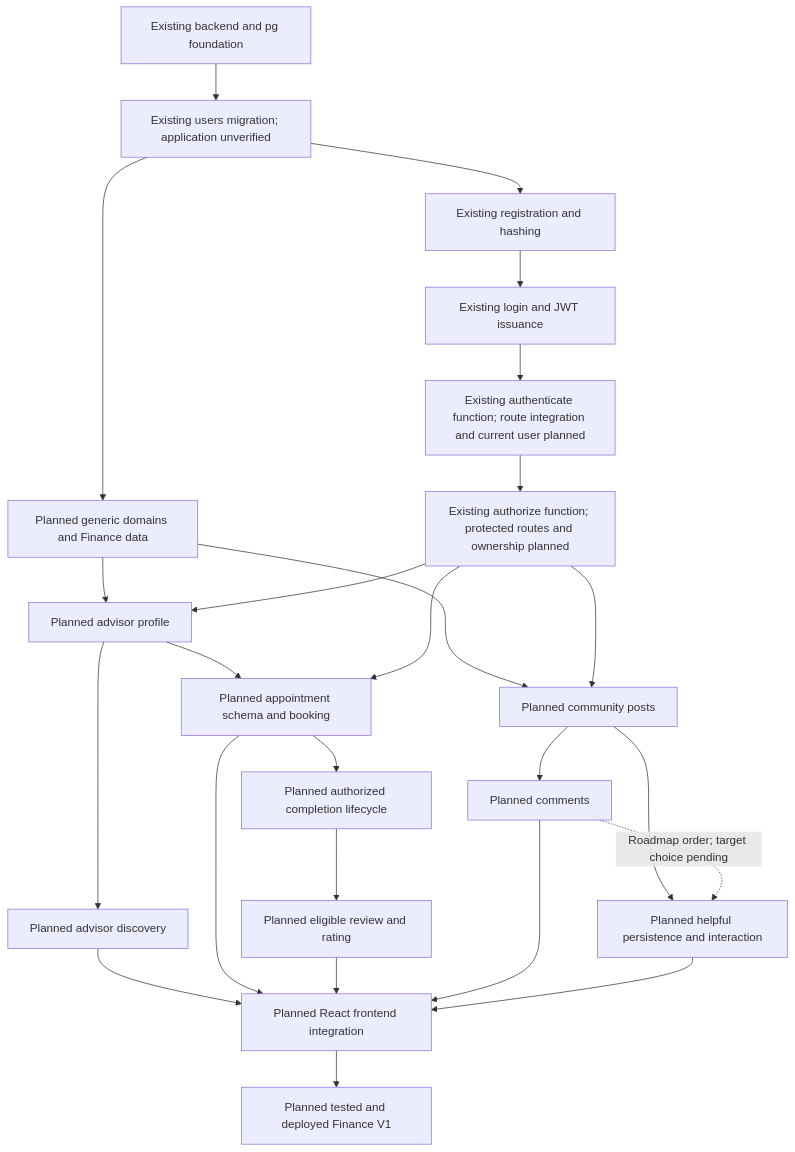
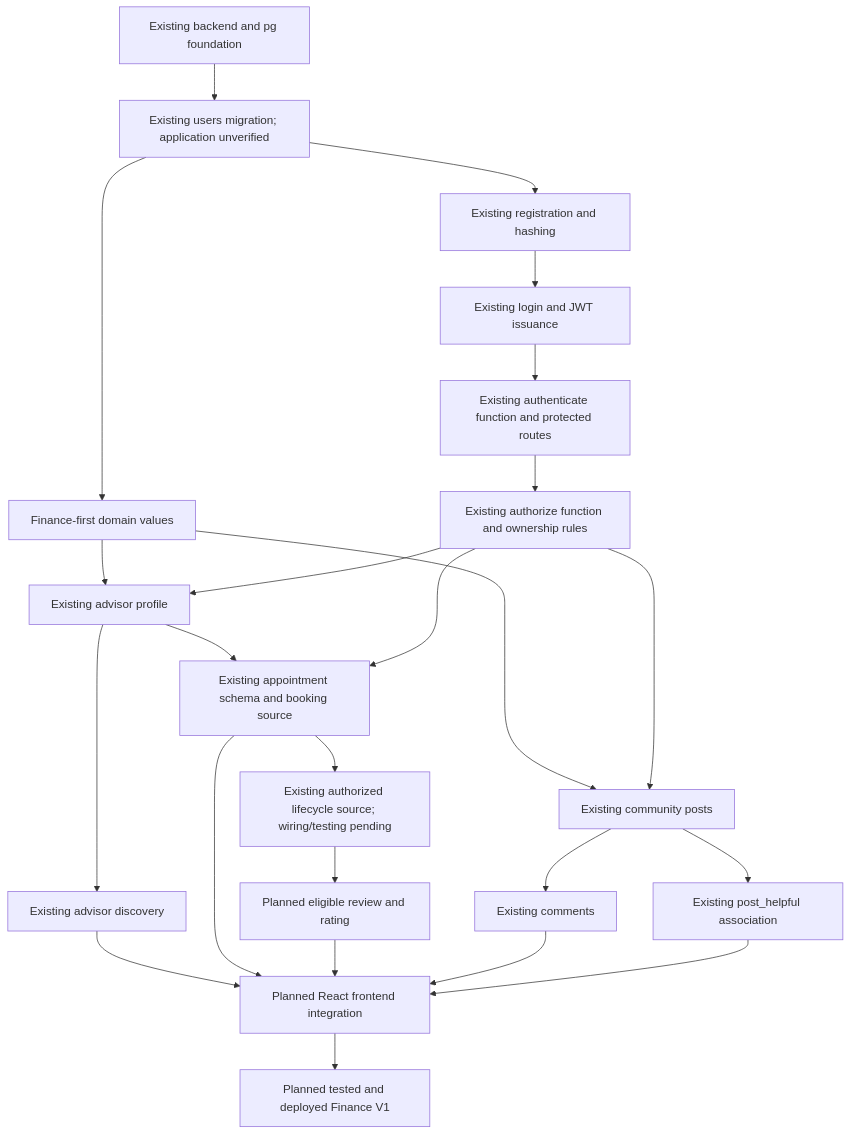
The fifth of 5 diagrams in docs/CONSULTIFY_MASTER_SPEC.md (amriiit/consultify), drawn with Mermaid before and after one commit. The commit also changed other lines of this file, not shown here.

````diff
--- a/docs/CONSULTIFY_MASTER_SPEC.md
+++ b/docs/CONSULTIFY_MASTER_SPEC.md
@@ -2038,27 +2101,26 @@
 ```mermaid
 flowchart TD
     F[Existing backend and pg foundation] --> M[Existing users migration; application unverified]
     M --> R[Existing registration and hashing]
     R --> L[Existing login and JWT issuance]
-    L --> A[Existing authenticate function; route integration and current user planned]
-    A --> Z[Existing authorize function; protected routes and ownership planned]
-    M --> D[Planned generic domains and Finance data]
-    D --> P[Planned advisor profile]
+    L --> A[Existing authenticate function and protected routes]
+    A --> Z[Existing authorize function and ownership rules]
+    M --> D[Finance-first domain values]
+    D --> P[Existing advisor profile]
     Z --> P
-    P --> Q[Planned advisor discovery]
-    P --> B[Planned appointment schema and booking]
+    P --> Q[Existing advisor discovery]
+    P --> B[Existing appointment schema and booking source]
     Z --> B
-    B --> C[Planned authorized completion lifecycle]
+    B --> C[Existing authorized lifecycle source; wiring/testing pending]
     C --> V[Planned eligible review and rating]
-    D --> S[Planned community posts]
+    D --> S[Existing community posts]
     Z --> S
-    S --> T[Planned comments]
-    S --> H[Planned helpful persistence and interaction]
-    T -. Roadmap order; target choice pending .-> H
+    S --> T[Existing comments]
+    S --> H[Existing post_helpful association]
     Q --> UI[Planned React frontend integration]
     B --> UI
     V --> UI
     T --> UI
     H --> UI
     UI --> DONE[Planned tested and deployed Finance V1]
 ```
````
